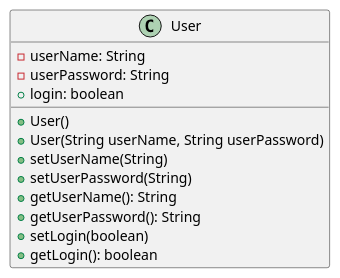
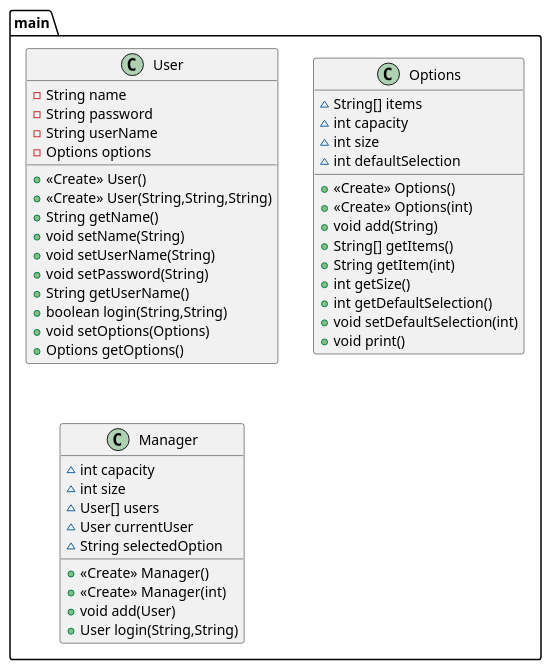
The diagram in ejercicios/soluciones/EX002UserManagement/docs/EX002UserManagement.puml (mmasias/progra2-22-23), drawn with PlantUML before and after one commit. The commit also changed 12 other files, not shown here.

```diff
--- a/ejercicios/soluciones/EX002UserManagement/docs/EX002UserManagement.puml
+++ b/ejercicios/soluciones/EX002UserManagement/docs/EX002UserManagement.puml
@@ -1,15 +1,46 @@
 @startuml
-class User {
-    -userName: String
-    -userPassword: String
-    +login: boolean
-    +User()
-    +User(String userName, String userPassword)
-    +setUserName(String)
-    +setUserPassword(String)
-    +getUserName(): String
-    +getUserPassword(): String
-    +setLogin(boolean)
-    +getLogin(): boolean
+class main.User {
+- String name
+- String password
+- String userName
+- Options options
++ <<Create>> User()
++ <<Create>> User(String,String,String)
++ String getName()
++ void setName(String)
++ void setUserName(String)
++ void setPassword(String)
++ String getUserName()
++ boolean login(String,String)
++ void setOptions(Options)
++ Options getOptions()
 }
+class main.Options {
+~ String[] items
+~ int capacity
+~ int size
+~ int defaultSelection
++ <<Create>> Options()
++ <<Create>> Options(int)
++ void add(String)
++ String[] getItems()
++ String getItem(int)
++ int getSize()
++ int getDefaultSelection()
++ void setDefaultSelection(int)
++ void print()
+}
+
+class main.Manager {
+~ int capacity
+~ int size
+~ User[] users
+~ User currentUser
+~ String selectedOption
++ <<Create>> Manager()
++ <<Create>> Manager(int)
++ void add(User)
++ User login(String,String)
+}
+
 @enduml
```
